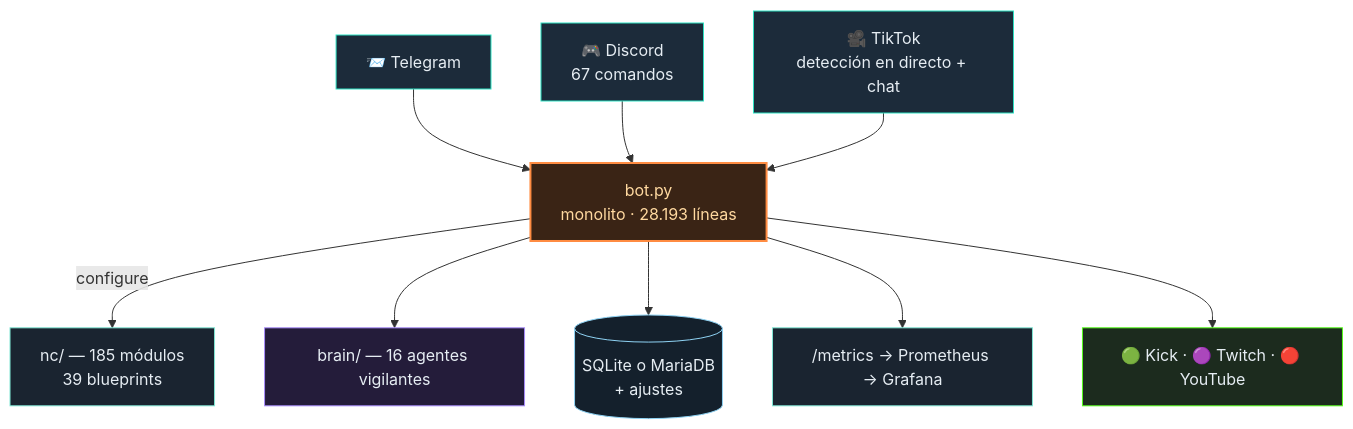
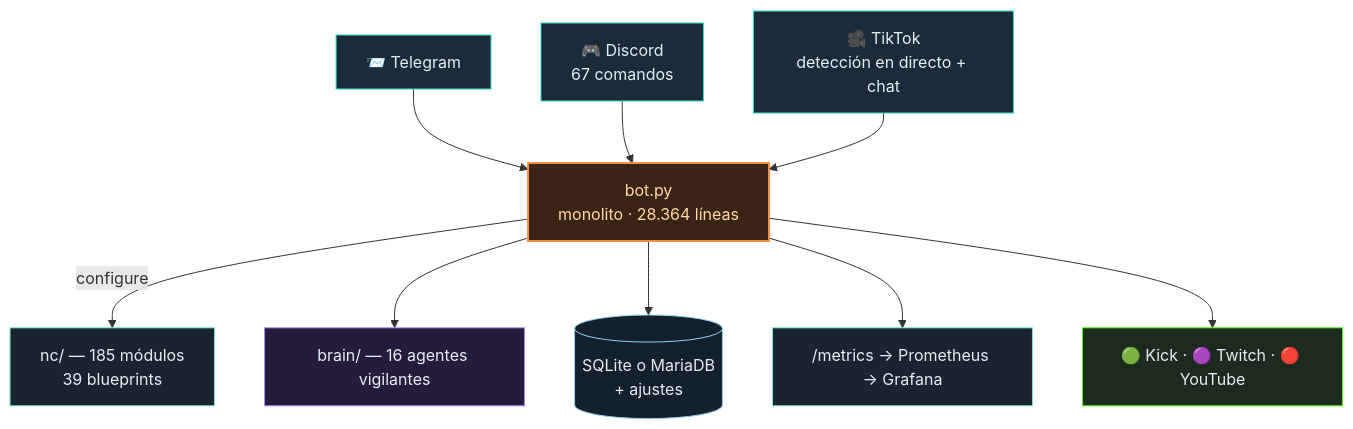
Before and after one commit to itsamemedev/Telegram-Stream-Info-Bot: the diagram in README.es.md, drawn with Mermaid. The commit also changed 16 other files, not shown here.

````diff
--- a/README.es.md
+++ b/README.es.md
@@ -64,18 +64,18 @@
 ```mermaid
 flowchart TB
     TG["📨 Telegram"]:::ein --> BOT
     DC["🎮 Discord<br/>67 comandos"]:::ein --> BOT
     TT["🎥 TikTok<br/>detección en directo + chat"]:::ein --> BOT
-    BOT["bot.py<br/>monolito · 28.193 líneas"]:::core
+    BOT["bot.py<br/>monolito · 28.364 líneas"]:::core
     BOT -->|configure| NC["nc/ — 185 módulos<br/>39 blueprints"]:::lib
     BOT --> BRAIN["brain/ — 16 agentes vigilantes"]:::brain
     BOT --> DB[("SQLite o MariaDB<br/>+ ajustes")]:::db
     BOT --> PROM["/metrics → Prometheus → Grafana"]:::lib
     BOT --> OUT["🟢 Kick · 🟣 Twitch · 🔴 YouTube"]:::out
     classDef ein fill:#1c2b3a,stroke:#2de1c2,color:#e6edf3
     classDef core fill:#3a2415,stroke:#ff8c42,stroke-width:2px,color:#ffd9a0
     classDef lib fill:#1a2430,stroke:#7fe7d4,color:#e6edf3
     classDef brain fill:#241c3a,stroke:#a78bfa,color:#e6edf3
     classDef db fill:#14202c,stroke:#8fd3f4,color:#e6edf3
     classDef out fill:#1c2b1e,stroke:#53fc18,color:#e6edf3
 ```
````
